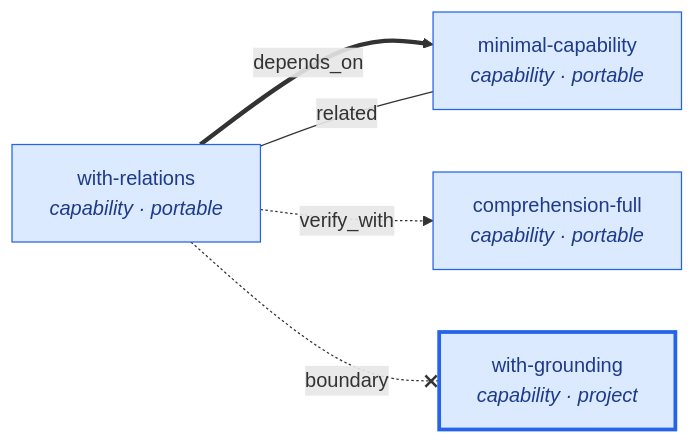
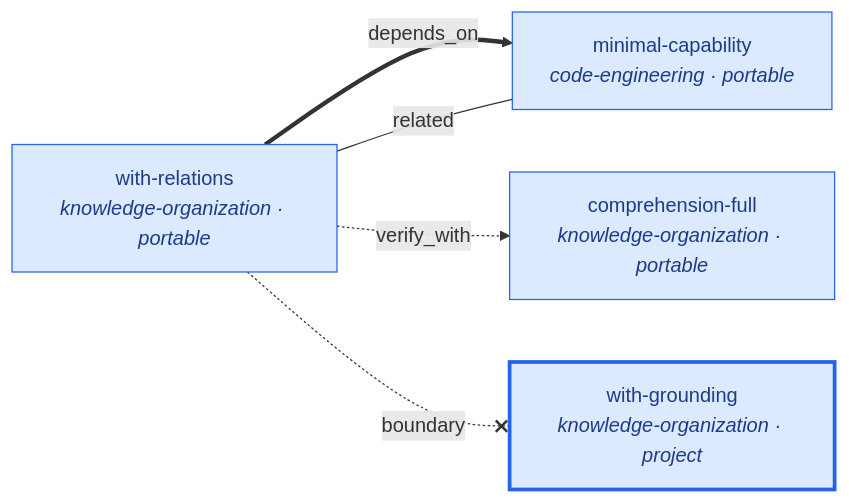
One commit to jacob-balslev/skill-graph changed the fifth of 5 diagrams in SKILL_GRAPH.md. Above: the diagram before and after it, drawn with Mermaid. The commit also changed other lines of this file and 44 other files, not shown here.

````diff
--- a/SKILL_GRAPH.md
+++ b/SKILL_GRAPH.md
@@ -398,24 +398,24 @@
 ```mermaid
 flowchart LR
-  MIN["minimal-capability<br/><i>capability · portable</i>"]
-  GR["with-grounding<br/><i>capability · project</i>"]
-  REL["with-relations<br/><i>capability · portable</i>"]
-  COMP["comprehension-full<br/><i>capability · portable</i>"]
+  MIN["minimal-capability<br/><i>code-engineering · portable</i>"]
+  GR["with-grounding<br/><i>knowledge-organization · project</i>"]
+  REL["with-relations<br/><i>knowledge-organization · portable</i>"]
+  COMP["comprehension-full<br/><i>knowledge-organization · portable</i>"]
 
   %% depends_on — thick solid, load-bearing
   REL ==>|depends_on| MIN
 
   %% verify_with — dashed, co-load for confidence
   REL -.->|verify_with| COMP
 
   %% related — thin, suggested co-reading
   REL ---|related| MIN
 
   %% boundary — red, anti-ownership
   REL -. boundary .-x GR
 
   classDef capability fill:#dbeafe,stroke:#2563eb,color:#1e3a8a
   classDef project stroke-width:3px
   class MIN,GR,REL,COMP capability
   class GR project
 ```
````
